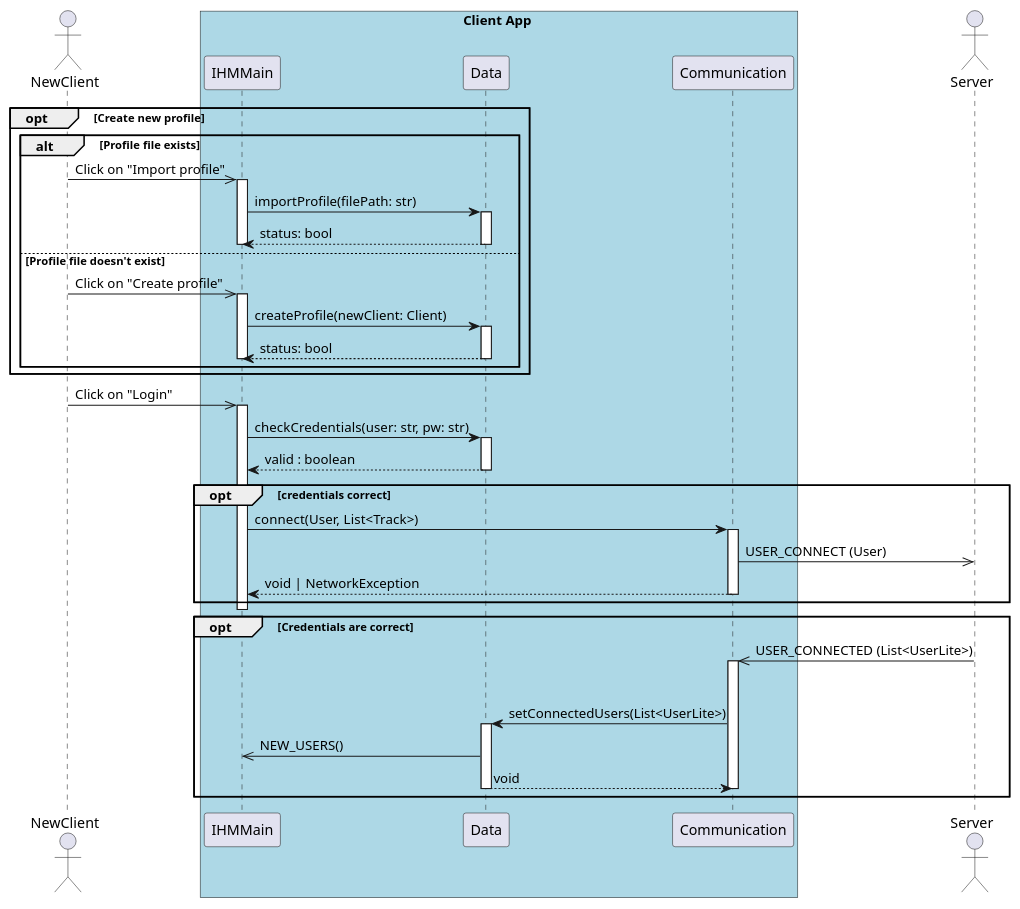
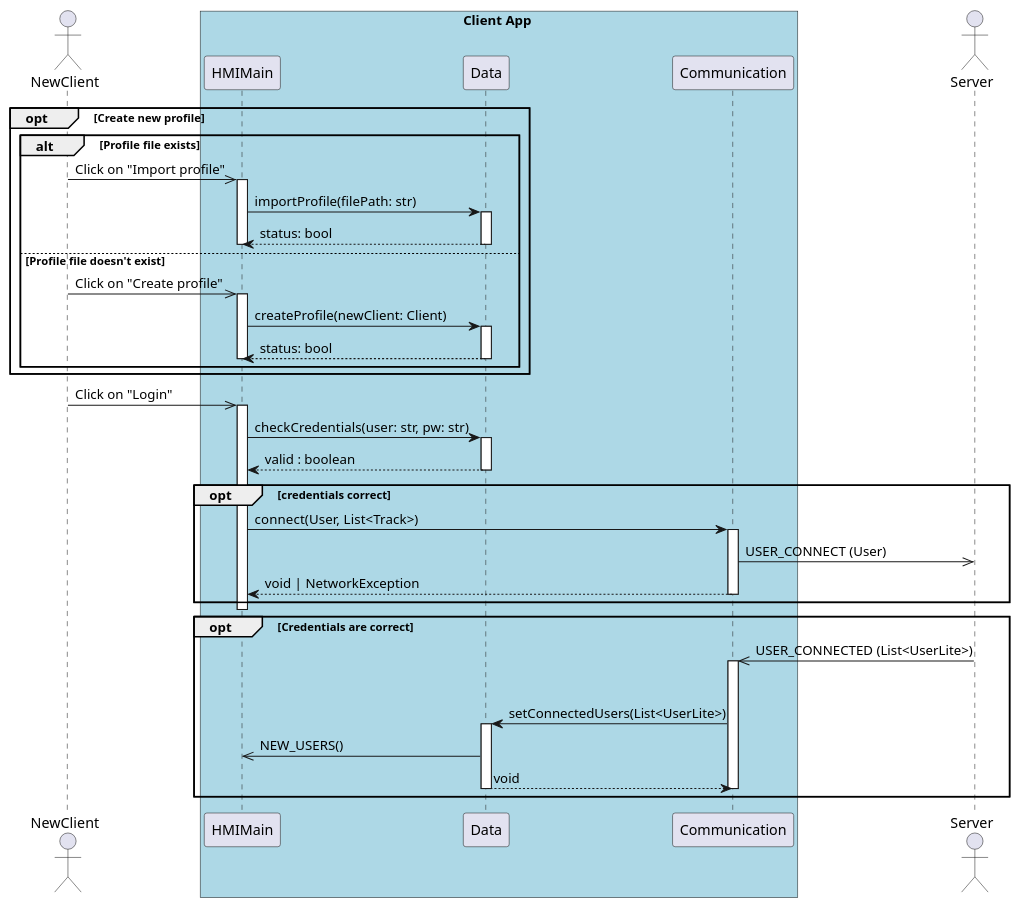
One commit to UTCAI12/Diagrams changed the diagram in sequence/1.2.user_logs_in_client.puml. Above: the diagram before and after it, drawn with PlantUML. The commit also changed 5 other files, not shown here.

Commit message:
replacing IHM by HMI

```diff
--- a/sequence/1.2.user_logs_in_client.puml
+++ b/sequence/1.2.user_logs_in_client.puml
@@ -1,49 +1,49 @@
 @startuml 1.2 User logs in (client)
 actor NewClient
 
 box Client App #LightBlue
-    participant IHMMain as IHM
+    participant HMIMain as HMI
     participant Data
     participant Communication
 end box
 
 actor Server 
 
 opt Create new profile 
     alt Profile file exists
-        NewClient ->> IHM++: Click on "Import profile"
-        IHM -> Data++: importProfile(filePath: str)
+        NewClient ->> HMI++: Click on "Import profile"
+        HMI -> Data++: importProfile(filePath: str)
         return status: bool
-        deactivate IHM 
+        deactivate HMI 
     else Profile file doesn't exist
-        NewClient ->> IHM++: Click on "Create profile"
-        IHM -> Data++: createProfile(newClient: Client)
+        NewClient ->> HMI++: Click on "Create profile"
+        HMI -> Data++: createProfile(newClient: Client)
         return status: bool
-        deactivate IHM
+        deactivate HMI
     end
 end
 
 
 
-NewClient ->> IHM++: Click on "Login"
-IHM -> Data++: checkCredentials(user: str, pw: str)
+NewClient ->> HMI++: Click on "Login"
+HMI -> Data++: checkCredentials(user: str, pw: str)
 return valid : boolean
 
 opt credentials correct
-    IHM -> Communication++ : connect(User, List<Track>)
+    HMI -> Communication++ : connect(User, List<Track>)
     Communication->>Server: USER_CONNECT (User)
     return void | NetworkException
 end
 
-deactivate IHM
+deactivate HMI
 
 opt Credentials are correct
     Server ->> Communication++: USER_CONNECTED (List<UserLite>)
     deactivate Server
     Communication->Data++: setConnectedUsers(List<UserLite>)
-    Data->>IHM : NEW_USERS()
+    Data->>HMI : NEW_USERS()
     return void
     deactivate Communication
 end
 
 @enduml
```
